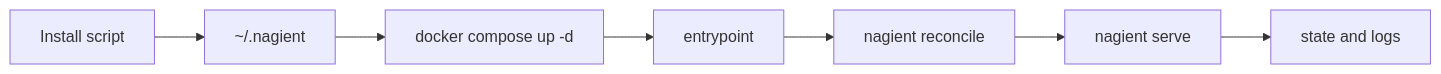
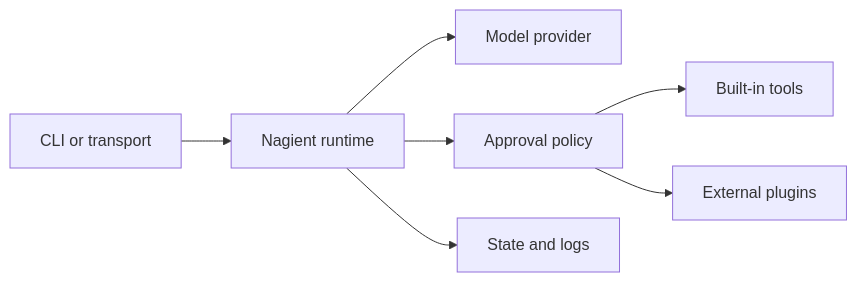
The diagram in README.md (KOSFin/nagient), drawn with Mermaid before and after one commit. The commit also changed other lines of this file and 74 other files, not shown here.

````diff
--- a/README.md
+++ b/README.md
@@ -164,9 +130,9 @@
 ```mermaid
 flowchart LR
-	A[Install script] --> B[~/.nagient]
-	B --> C[docker compose up -d]
-	C --> D[entrypoint]
-	D --> E[nagient reconcile]
-	E --> F[nagient serve]
-	F --> G[state and logs]
+    U[CLI or transport] --> R[Nagient runtime]
+    R --> P[Model provider]
+    R --> A[Approval policy]
+    A --> T[Built-in tools]
+    A --> X[External plugins]
+    R --> S[State and logs]
 ```
````
